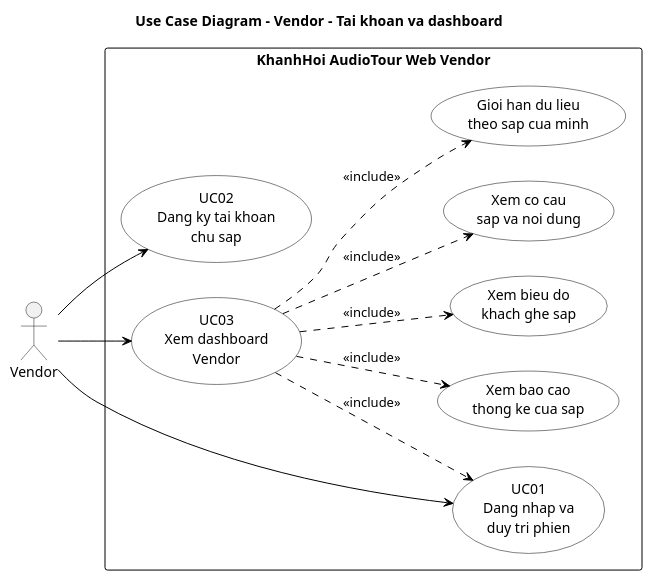
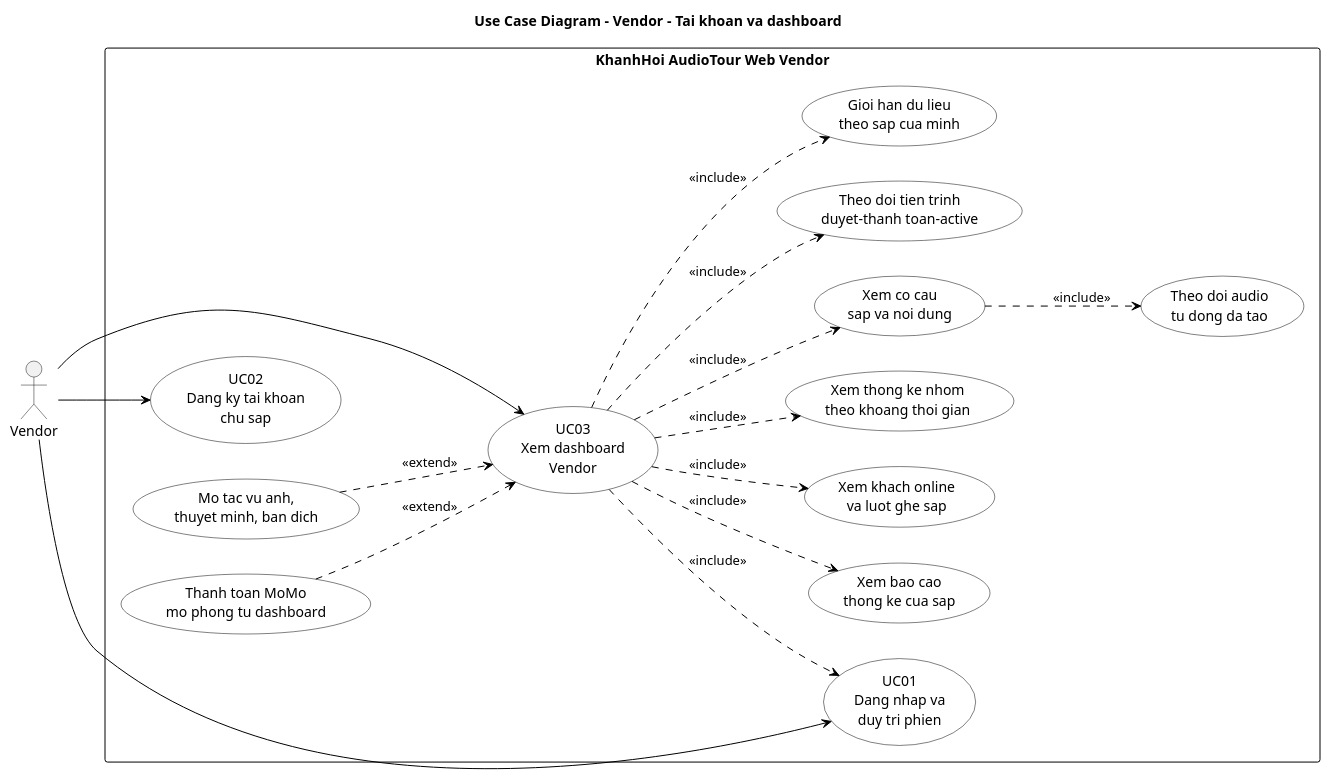
The diagram in docs/plantuml/usecase/VENDOR_01_tai_khoan_dashboard_usecase.puml (HPhuc122/VinhHy.AudioTour), drawn with PlantUML before and after one commit. The commit also changed 29 other files, not shown here.

```diff
--- a/docs/plantuml/usecase/VENDOR_01_tai_khoan_dashboard_usecase.puml
+++ b/docs/plantuml/usecase/VENDOR_01_tai_khoan_dashboard_usecase.puml
@@ -1,42 +1,52 @@
 @startuml
 title Use Case Diagram - Vendor - Tai khoan va dashboard
 
 left to right direction
 skinparam shadowing false
 skinparam monochrome true
 skinparam defaultFontName Arial
 skinparam usecase {
   BackgroundColor white
   BorderColor black
   FontColor black
 }
 skinparam rectangle {
   BackgroundColor white
   BorderColor black
   FontColor black
 }
 skinparam ArrowColor black
 
 actor "Vendor" as Vendor
 
 rectangle "KhanhHoi AudioTour Web Vendor" {
   usecase "UC02\nDang ky tai khoan\nchu sap" as UC02
   usecase "UC01\nDang nhap va\nduy tri phien" as UC01
   usecase "UC03\nXem dashboard\nVendor" as UC03
   usecase "Xem bao cao\nthong ke cua sap" as StoreStats
-  usecase "Xem bieu do\nkhach ghe sap" as VisitChart
+  usecase "Xem khach online\nva luot ghe sap" as VisitChart
+  usecase "Xem thong ke nhom\ntheo khoang thoi gian" as GroupedChart
   usecase "Xem co cau\nsap va noi dung" as ContentChart
+  usecase "Theo doi audio\ntu dong da tao" as AudioTrackStats
+  usecase "Theo doi tien trinh\nduyet-thanh toan-active" as Progress
+  usecase "Mo tac vu anh,\nthuyet minh, ban dich" as ContentActions
+  usecase "Thanh toan MoMo\nmo phong tu dashboard" as DashboardPayment
   usecase "Gioi han du lieu\ntheo sap cua minh" as VendorScope
 }
 
 Vendor --> UC02
 Vendor --> UC01
 Vendor --> UC03
 
 UC03 ..> UC01 : <<include>>
 UC03 ..> StoreStats : <<include>>
 UC03 ..> VisitChart : <<include>>
+UC03 ..> GroupedChart : <<include>>
 UC03 ..> ContentChart : <<include>>
+ContentChart ..> AudioTrackStats : <<include>>
+UC03 ..> Progress : <<include>>
 UC03 ..> VendorScope : <<include>>
+ContentActions ..> UC03 : <<extend>>
+DashboardPayment ..> UC03 : <<extend>>
 
 @enduml
```
